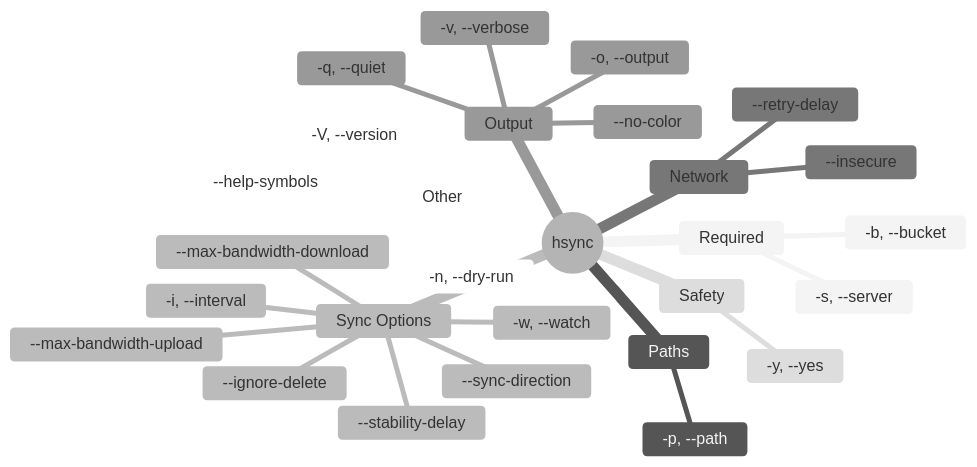
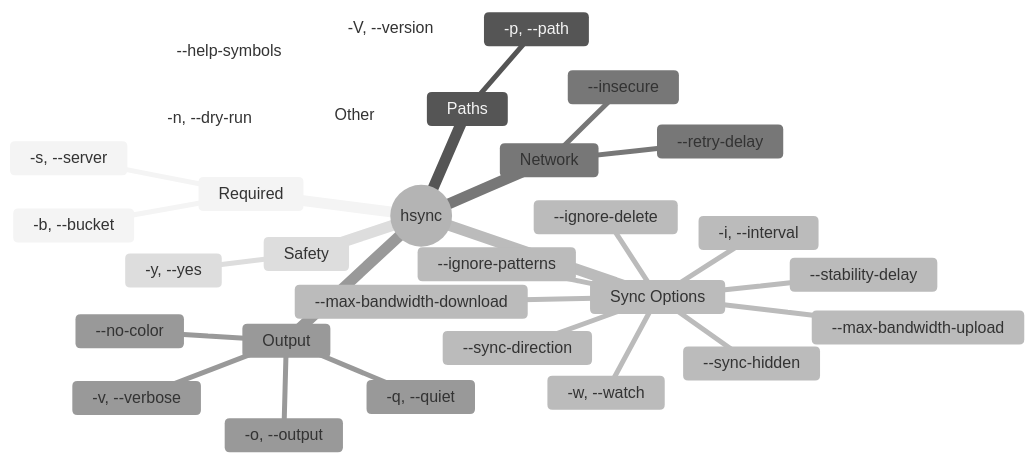
One commit to albertsdk/hsync-client changed the second of 3 diagrams in docs/usage.md. Above: the diagram before and after it, drawn with Mermaid (neutral theme). The commit also changed other lines of this file and 1 other file, not shown here.

Commit message:
docs: document .hsyncignore, --sync-hidden, --ignore-patterns
- configuration.md: add HSYNC_SYNC_HIDDEN and HSYNC_IGNORE_PATTERNS to
  environment variables table; add --sync-hidden and --ignore-patterns to
  CLI options table; add a new 'Ignore Files (.hsyncignore)' section with
  default behaviour, pattern syntax reference, examples, and hot-reload note.
- usage.md: add --sync-hidden and --ignore-patterns to mindmap; add
  HSYNC_SYNC_HIDDEN and HSYNC_IGNORE_PATTERNS to environment variables table.

````diff
--- a/docs/usage.md
+++ b/docs/usage.md
@@ -37,31 +37,33 @@
 ```mermaid
 mindmap
   root((hsync))
     Required
       -s, --server
       -b, --bucket
     Paths
       -p, --path
     Sync Options
       -w, --watch
       -i, --interval
       --stability-delay
       --sync-direction
       --ignore-delete
+      --sync-hidden
+      --ignore-patterns
       --max-bandwidth-upload
       --max-bandwidth-download
     Network
       --retry-delay
       --insecure
     Output
       -v, --verbose
       -q, --quiet
       -o, --output
       --no-color
     Safety
       -y, --yes
     Other
       -n, --dry-run
       -V, --version
       --help-symbols
 ```
````
